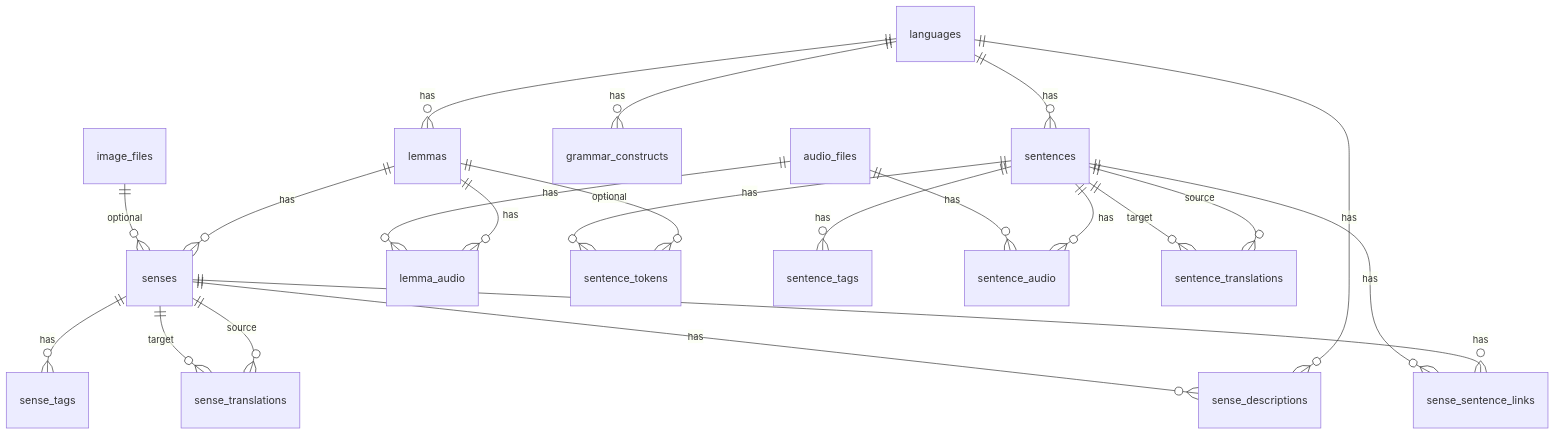
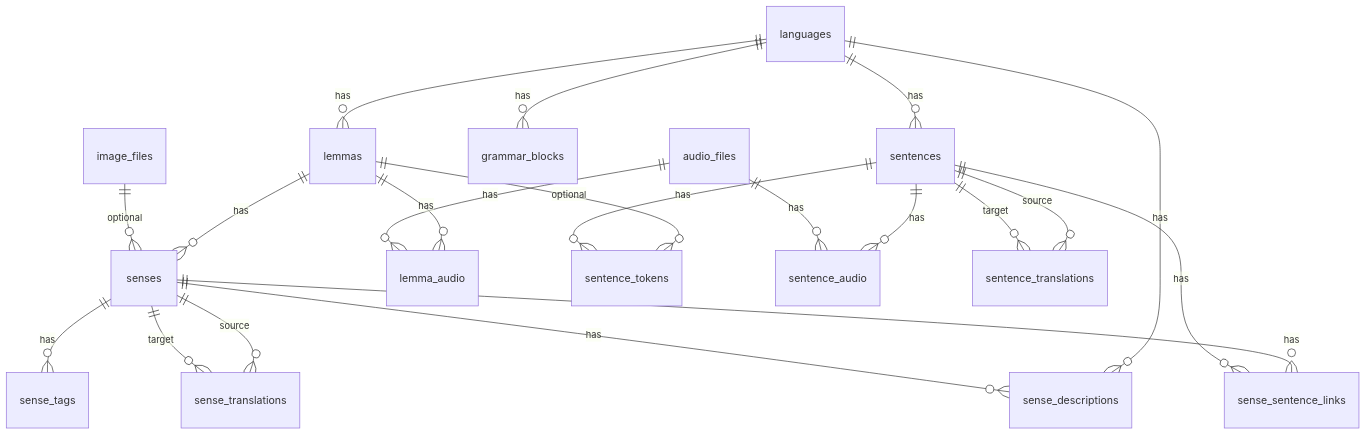
One commit to geremere/lingcraft changed the diagram in docs/db-schema.md. Above: the diagram before and after it, drawn with Mermaid. The commit also changed other lines of this file and 3328 other files, not shown here.

First line of the commit message:
Replace EGP/POLKE pipeline with file-based grammar blocks.

````diff
--- a/docs/db-schema.md
+++ b/docs/db-schema.md
@@ -9,28 +9,27 @@
 ```mermaid
 erDiagram
     languages ||--o{ lemmas : has
     languages ||--o{ sentences : has
-    languages ||--o{ grammar_constructs : has
+    languages ||--o{ grammar_blocks : has
     languages ||--o{ sense_descriptions : has
 
     lemmas ||--o{ senses : has
     lemmas ||--o{ lemma_audio : has
     lemmas ||--o{ sentence_tokens : optional
 
     senses ||--o{ sense_descriptions : has
     senses ||--o{ sense_tags : has
     senses ||--o{ sense_translations : source
     senses ||--o{ sense_translations : target
     senses ||--o{ sense_sentence_links : has
 
     sentences ||--o{ sentence_tokens : has
-    sentences ||--o{ sentence_tags : has
     sentences ||--o{ sentence_audio : has
     sentences ||--o{ sentence_translations : source
     sentences ||--o{ sentence_translations : target
     sentences ||--o{ sense_sentence_links : has
 
     image_files ||--o{ senses : optional
     audio_files ||--o{ lemma_audio : has
     audio_files ||--o{ sentence_audio : has
 ```
````
